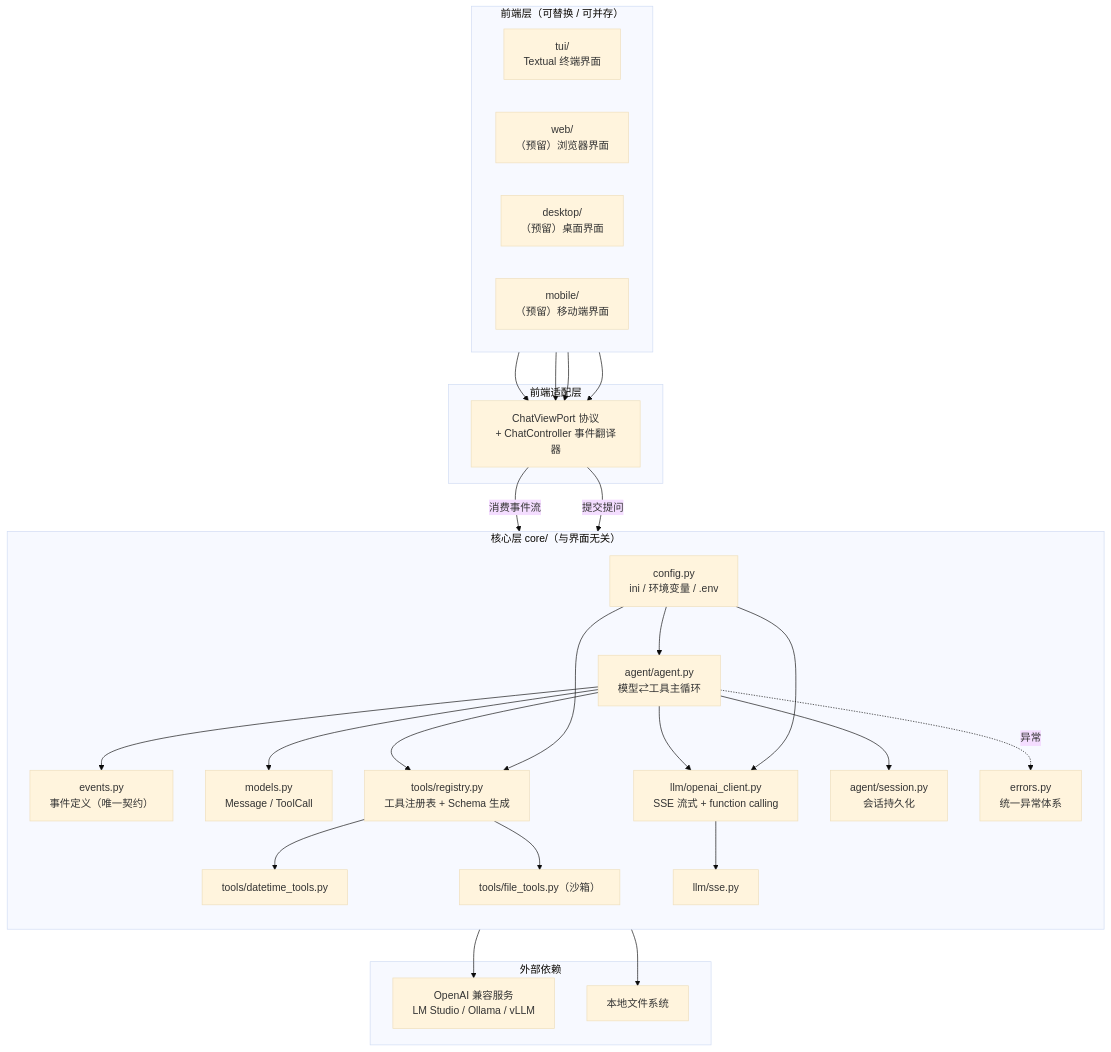
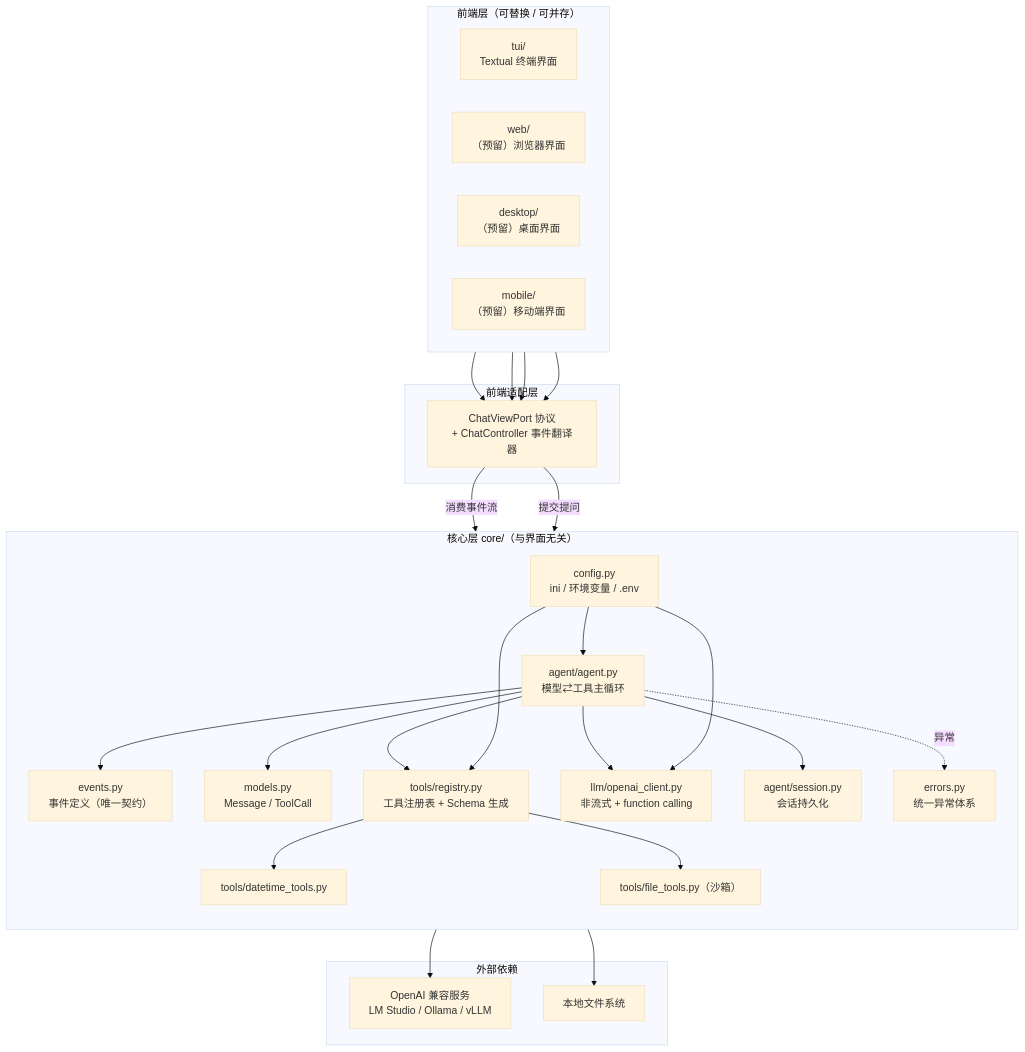
The diagram in Agent/HAgent/architecture.mmd (hh2837/hhx), drawn with Mermaid (base theme) before and after one commit. The commit also changed 95 other files, not shown here.

```diff
--- a/Agent/HAgent/architecture.mmd
+++ b/Agent/HAgent/architecture.mmd
@@ -1,58 +1,56 @@
 graph TD
     subgraph 前端层["前端层（可替换 / 可并存）"]
         direction LR
         TUI["tui/<br/>Textual 终端界面"]
         WEB["web/<br/>（预留）浏览器界面"]
         DESKTOP["desktop/<br/>（预留）桌面界面"]
         MOBILE["mobile/<br/>（预留）移动端界面"]
     end
 
     subgraph 接口层["前端适配层"]
         CTRL["ChatViewPort 协议<br/>+ ChatController 事件翻译器"]
     end
 
     subgraph 核心层["核心层 core/（与界面无关）"]
         direction TB
         AGENT["agent/agent.py<br/>模型⇄工具主循环"]
         EVENTS["events.py<br/>事件定义（唯一契约）"]
         MODELS["models.py<br/>Message / ToolCall"]
         TOOLS["tools/registry.py<br/>工具注册表 + Schema 生成"]
         TDT["tools/datetime_tools.py"]
         TFT["tools/file_tools.py（沙箱）"]
-        LLM["llm/openai_client.py<br/>SSE 流式 + function calling"]
-        SSE["llm/sse.py"]
+        LLM["llm/openai_client.py<br/>非流式 + function calling"]
         CFG["config.py<br/>ini / 环境变量 / .env"]
         ERR["errors.py<br/>统一异常体系"]
         SESSION["agent/session.py<br/>会话持久化"]
     end
 
     subgraph 外部["外部依赖"]
         SERVER["OpenAI 兼容服务<br/>LM Studio / Ollama / vLLM"]
         FS["本地文件系统"]
     end
 
     TUI --> CTRL
     WEB --> CTRL
     DESKTOP --> CTRL
     MOBILE --> CTRL
 
     CTRL -->|"消费事件流"| EVENTS
     CTRL -->|"提交提问"| AGENT
 
     AGENT --> EVENTS
     AGENT --> MODELS
     AGENT --> TOOLS
     AGENT --> LLM
     AGENT --> SESSION
     AGENT -.异常.-> ERR
 
     TOOLS --> TDT
     TOOLS --> TFT
     TFT --> FS
 
-    LLM --> SSE
     LLM --> SERVER
 
     CFG --> AGENT
     CFG --> LLM
     CFG --> TOOLS
```
